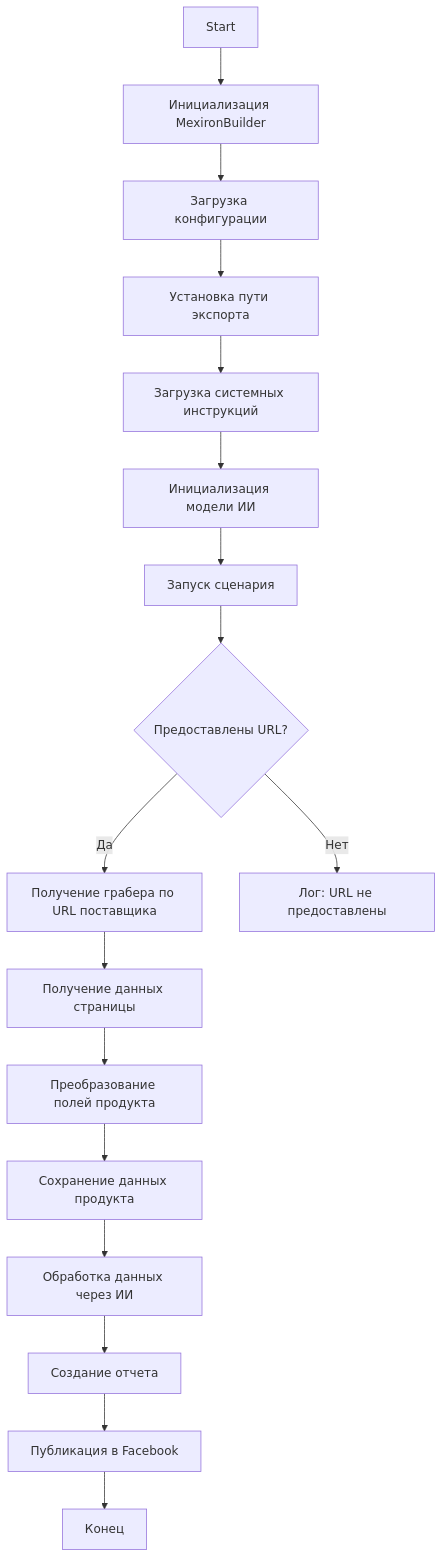
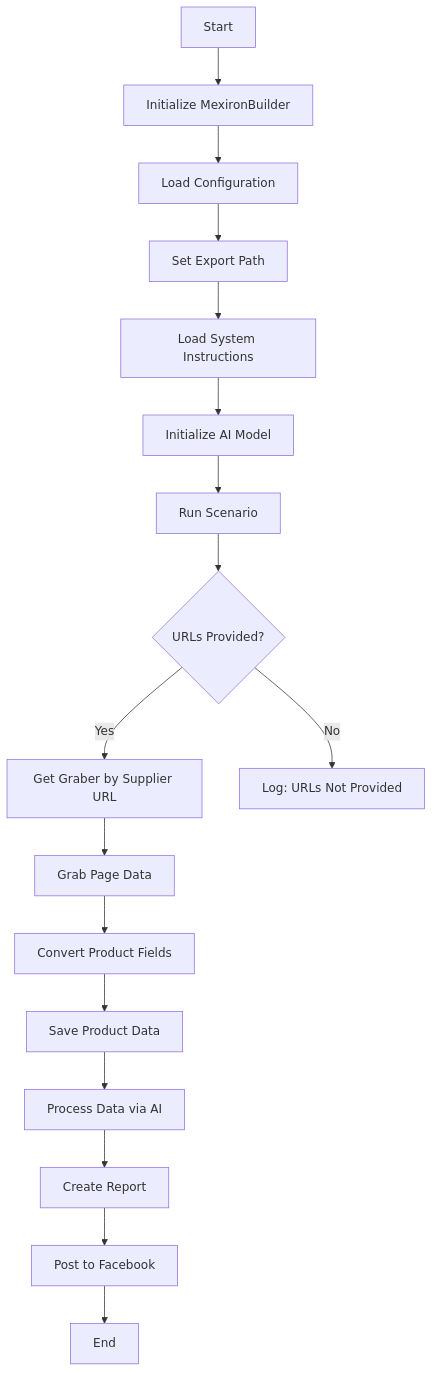
The first of 2 diagrams in docs/gemini/ru/doc/src/endpoints/kazarinov/scenarios/scenario.md (hypo69/hypo), drawn with Mermaid before and after one commit. The commit also changed other lines of this file and 1376 other files, not shown here.

````diff
--- a/docs/gemini/ru/doc/src/endpoints/kazarinov/scenarios/scenario.md
+++ b/docs/gemini/ru/doc/src/endpoints/kazarinov/scenarios/scenario.md
@@ -17,19 +23,19 @@
 ```mermaid
 graph TD
-    Start[Start] --> InitMexironBuilder[Инициализация MexironBuilder]
-    InitMexironBuilder --> LoadConfig[Загрузка конфигурации]
-    LoadConfig --> SetExportPath[Установка пути экспорта]
-    SetExportPath --> LoadSystemInstruction[Загрузка системных инструкций]
-    LoadSystemInstruction --> InitModel[Инициализация модели ИИ]
-    InitModel --> RunScenario[Запуск сценария]
-    RunScenario --> CheckURLs{Предоставлены URL?}
-    CheckURLs -->|Да| GetGraber[Получение грабера по URL поставщика]
-    CheckURLs -->|Нет| LogNoURLs[Лог: URL не предоставлены]
-    GetGraber --> GrabPage[Получение данных страницы]
-    GrabPage --> ConvertFields[Преобразование полей продукта]
-    ConvertFields --> SaveData[Сохранение данных продукта]
-    SaveData --> ProcessAI[Обработка данных через ИИ]
-    ProcessAI --> CreateReport[Создание отчета]
-    CreateReport --> PostFacebook[Публикация в Facebook]
-    PostFacebook --> End[Конец]
+    Start[Start] --> InitMexironBuilder[Initialize MexironBuilder]
+    InitMexironBuilder --> LoadConfig[Load Configuration]
+    LoadConfig --> SetExportPath[Set Export Path]
+    SetExportPath --> LoadSystemInstruction[Load System Instructions]
+    LoadSystemInstruction --> InitModel[Initialize AI Model]
+    InitModel --> RunScenario[Run Scenario]
+    RunScenario --> CheckURLs{URLs Provided?}
+    CheckURLs -->|Yes| GetGraber[Get Graber by Supplier URL]
+    CheckURLs -->|No| LogNoURLs[Log: URLs Not Provided]
+    GetGraber --> GrabPage[Grab Page Data]
+    GrabPage --> ConvertFields[Convert Product Fields]
+    ConvertFields --> SaveData[Save Product Data]
+    SaveData --> ProcessAI[Process Data via AI]
+    ProcessAI --> CreateReport[Create Report]
+    CreateReport --> PostFacebook[Post to Facebook]
+    PostFacebook --> End[End]
 ```
````
